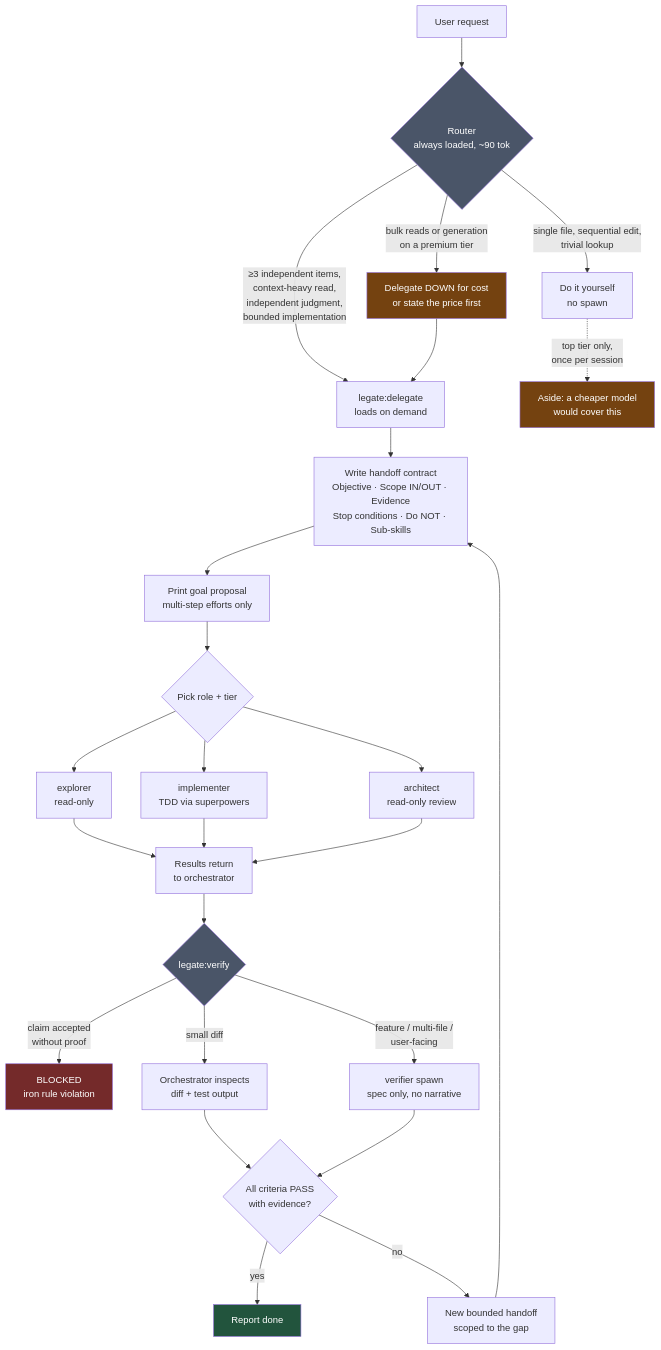
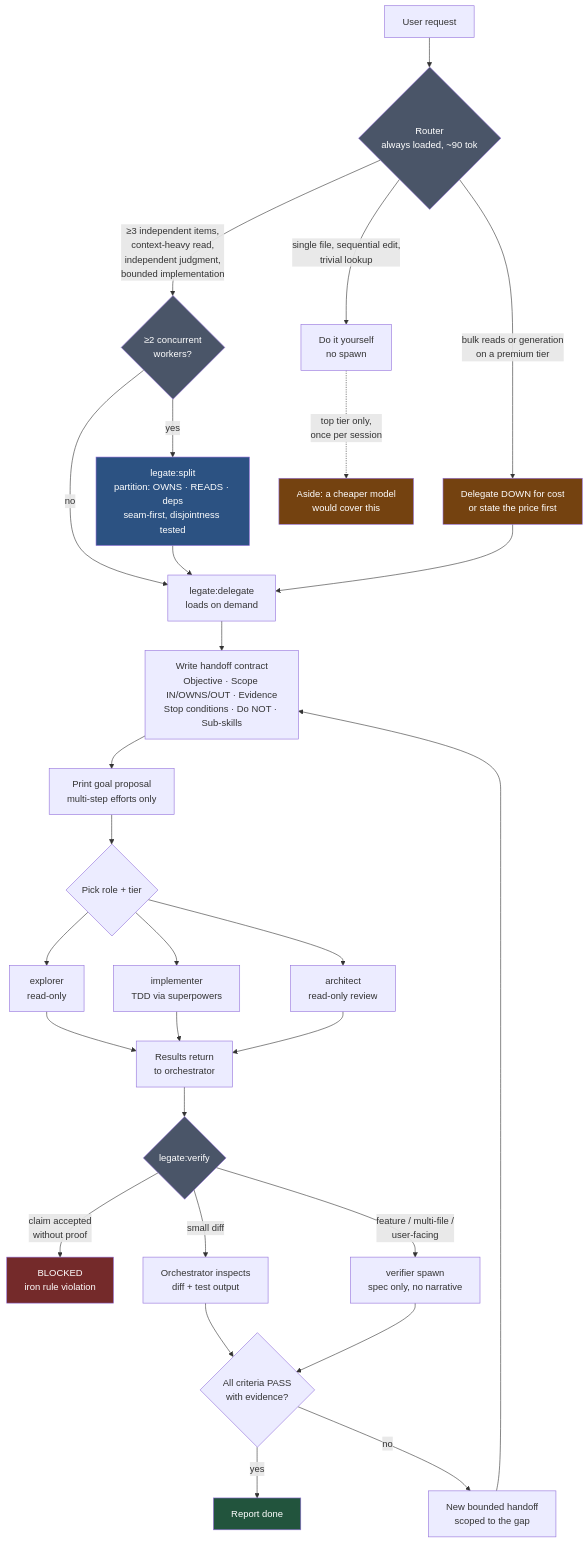
The first of 6 diagrams in README.md (wojciech-arch/legate), drawn with Mermaid before and after one commit. The commit also changed other lines of this file, not shown here.

First line of the commit message:
docs(readme): diagrams and sections for split and verification tiers

````diff
--- a/README.md
+++ b/README.md
@@ -32,40 +33,45 @@
 ```mermaid
 flowchart TD
     A[User request] --> R{Router<br/>always loaded, ~90 tok}
 
     R -->|"single file, sequential edit,<br/>trivial lookup"| SELF[Do it yourself<br/>no spawn]
-    R -->|"≥3 independent items,<br/>context-heavy read,<br/>independent judgment,<br/>bounded implementation"| D[legate:delegate<br/>loads on demand]
+    R -->|"≥3 independent items,<br/>context-heavy read,<br/>independent judgment,<br/>bounded implementation"| SP{"≥2 concurrent<br/>workers?"}
+    SP -->|yes| SPL["legate:split<br/>partition: OWNS · READS · deps<br/>seam-first, disjointness tested"]
+    SP -->|no| D[legate:delegate<br/>loads on demand]
+    SPL --> D
     R -->|"bulk reads or generation<br/>on a premium tier"| COST[Delegate DOWN for cost<br/>or state the price first]
     SELF -.->|"top tier only,<br/>once per session"| TIP["Aside: a cheaper model<br/>would cover this"]
     COST --> D
 
-    D --> C[Write handoff contract<br/>Objective · Scope IN/OUT · Evidence<br/>Stop conditions · Do NOT · Sub-skills]
+    D --> C[Write handoff contract<br/>Objective · Scope IN/OWNS/OUT · Evidence<br/>Stop conditions · Do NOT · Sub-skills]
     C --> G["Print goal proposal<br/>multi-step efforts only"]
     G --> ROLE{Pick role + tier}
 
     ROLE --> EX[explorer<br/>read-only]
     ROLE --> IM[implementer<br/>TDD via superpowers]
     ROLE --> AR[architect<br/>read-only review]
 
     EX --> RES[Results return<br/>to orchestrator]
     IM --> RES
     AR --> RES
 
     RES --> V{legate:verify}
     V -->|"claim accepted<br/>without proof"| STOP[BLOCKED<br/>iron rule violation]
     V -->|"small diff"| INSP[Orchestrator inspects<br/>diff + test output]
     V -->|"feature / multi-file /<br/>user-facing"| VER[verifier spawn<br/>spec only, no narrative]
 
     INSP --> OUT{All criteria PASS<br/>with evidence?}
     VER --> OUT
     OUT -->|yes| DONE[Report done]
     OUT -->|no| NEW[New bounded handoff<br/>scoped to the gap]
     NEW --> C
 
     style R fill:#4a5568,color:#fff
+    style SP fill:#4a5568,color:#fff
+    style SPL fill:#2c5282,color:#fff
     style V fill:#4a5568,color:#fff
     style COST fill:#744210,color:#fff
     style TIP fill:#744210,color:#fff
     style STOP fill:#742a2a,color:#fff
     style DONE fill:#22543d,color:#fff
 ```
````
